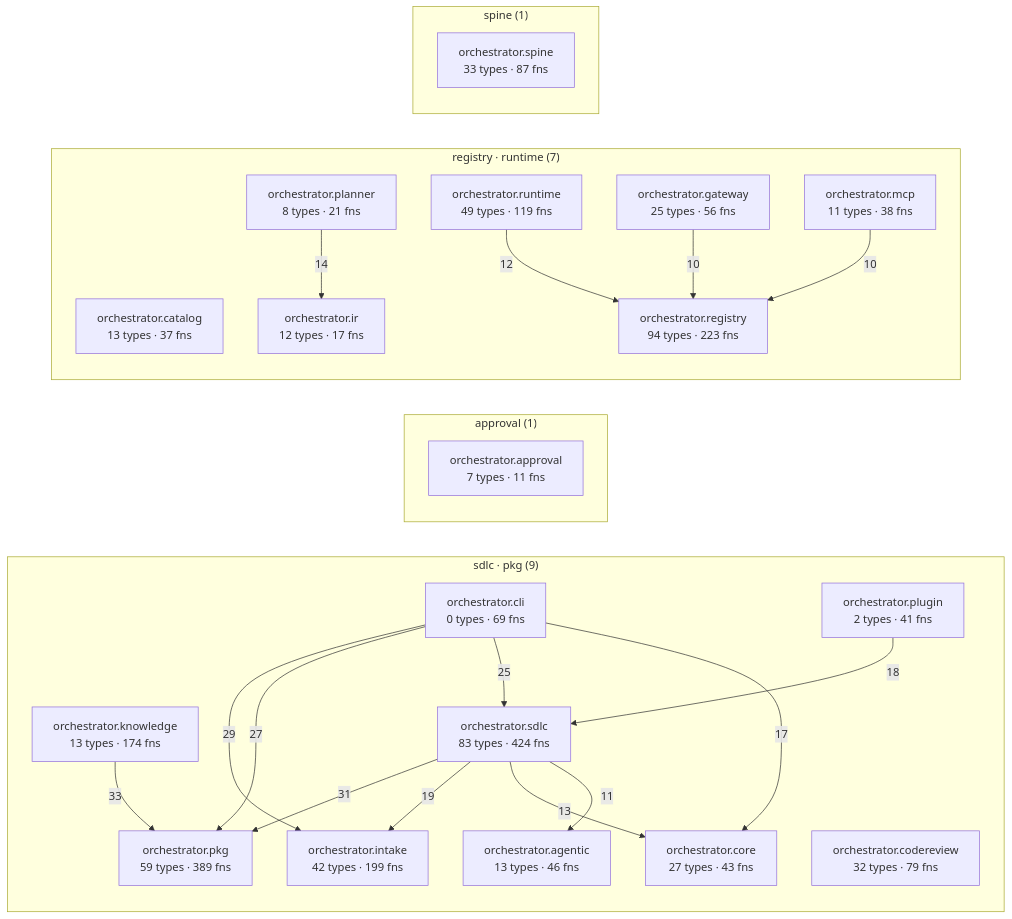
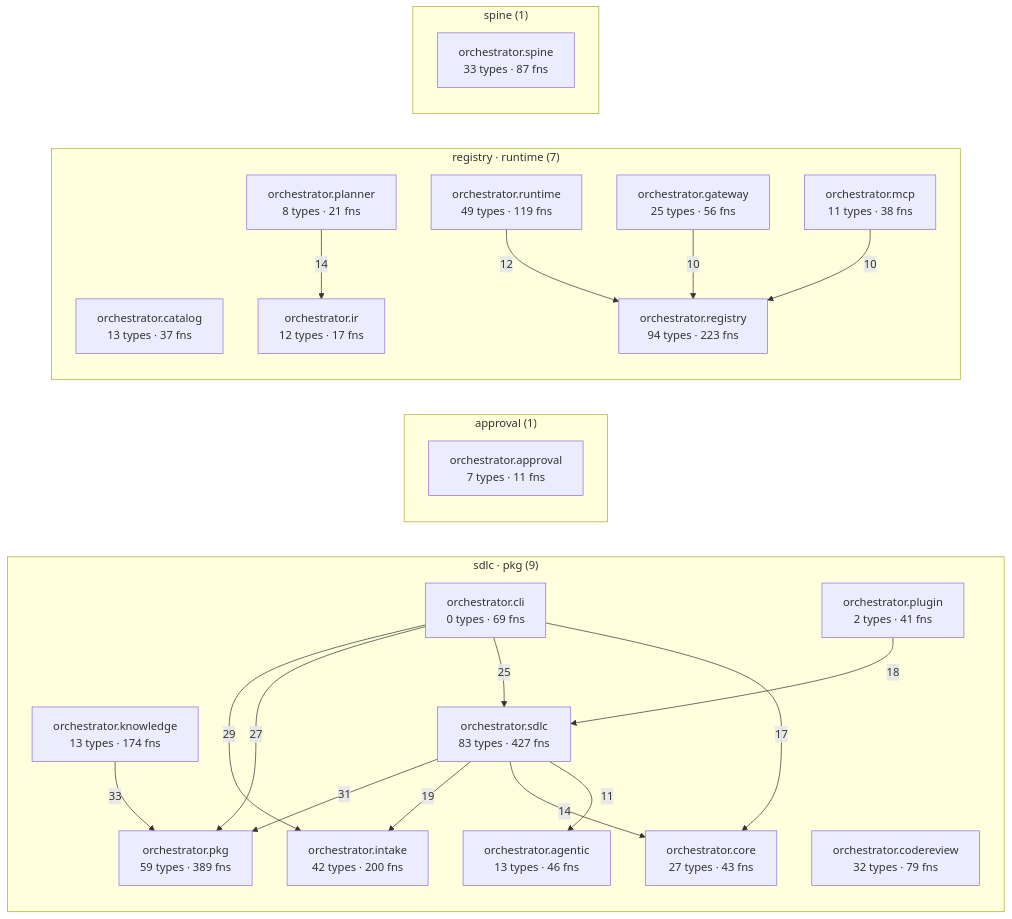
The diagram in episteme/architecture.md (synaptixs/spine), drawn with Mermaid before and after one commit. The commit also changed other lines of this file and 24 other files, not shown here.

````diff
--- a/episteme/architecture.md
+++ b/episteme/architecture.md
@@ -54,43 +54,43 @@
 ```mermaid
 flowchart LR
   subgraph c_1["sdlc · pkg (9)"]
     aorchestratoragentic["orchestrator.agentic<br/>13 types · 46 fns"]
     aorchestratorcli["orchestrator.cli<br/>0 types · 69 fns"]
     aorchestratorcodereview["orchestrator.codereview<br/>32 types · 79 fns"]
     aorchestratorcore["orchestrator.core<br/>27 types · 43 fns"]
-    aorchestratorintake["orchestrator.intake<br/>42 types · 199 fns"]
+    aorchestratorintake["orchestrator.intake<br/>42 types · 200 fns"]
     aorchestratorknowledge["orchestrator.knowledge<br/>13 types · 174 fns"]
     aorchestratorpkg["orchestrator.pkg<br/>59 types · 389 fns"]
     aorchestratorplugin["orchestrator.plugin<br/>2 types · 41 fns"]
-    aorchestratorsdlc["orchestrator.sdlc<br/>83 types · 424 fns"]
+    aorchestratorsdlc["orchestrator.sdlc<br/>83 types · 427 fns"]
   end
   subgraph c_2["approval (1)"]
     aorchestratorapproval["orchestrator.approval<br/>7 types · 11 fns"]
   end
   subgraph c_3["registry · runtime (7)"]
     aorchestratorcatalog["orchestrator.catalog<br/>13 types · 37 fns"]
     aorchestratorgateway["orchestrator.gateway<br/>25 types · 56 fns"]
     aorchestratorir["orchestrator.ir<br/>12 types · 17 fns"]
     aorchestratormcp["orchestrator.mcp<br/>11 types · 38 fns"]
     aorchestratorplanner["orchestrator.planner<br/>8 types · 21 fns"]
     aorchestratorregistry["orchestrator.registry<br/>94 types · 223 fns"]
     aorchestratorruntime["orchestrator.runtime<br/>49 types · 119 fns"]
   end
   subgraph c_10["spine (1)"]
     aorchestratorspine["orchestrator.spine<br/>33 types · 87 fns"]
   end
   aorchestratorknowledge -->|33| aorchestratorpkg
   aorchestratorsdlc -->|31| aorchestratorpkg
   aorchestratorcli -->|29| aorchestratorintake
   aorchestratorcli -->|27| aorchestratorpkg
   aorchestratorcli -->|25| aorchestratorsdlc
   aorchestratorsdlc -->|19| aorchestratorintake
   aorchestratorplugin -->|18| aorchestratorsdlc
   aorchestratorcli -->|17| aorchestratorcore
   aorchestratorplanner -->|14| aorchestratorir
-  aorchestratorsdlc -->|13| aorchestratorcore
+  aorchestratorsdlc -->|14| aorchestratorcore
   aorchestratorruntime -->|12| aorchestratorregistry
   aorchestratorsdlc -->|11| aorchestratoragentic
   aorchestratorgateway -->|10| aorchestratorregistry
   aorchestratormcp -->|10| aorchestratorregistry
 ```
````
